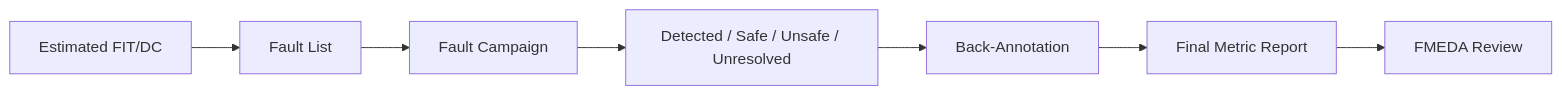
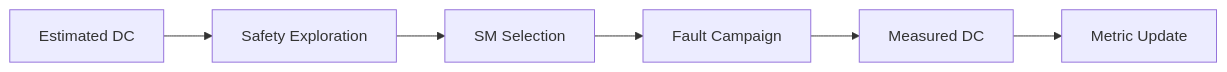
Before and after one commit to qiqixixi1001/automotive-safeic-practice: the tenth of 11 diagrams in articles/01_automotive_safeic_practice_d01_github_en_revised.md, drawn with Mermaid. The commit also changed other lines of this file, not shown here.

````diff
--- a/articles/01_automotive_safeic_practice_d01_github_en_revised.md
+++ b/articles/01_automotive_safeic_practice_d01_github_en_revised.md
@@ -660,9 +1137,8 @@
 ```mermaid
 flowchart LR
-    A[Estimated FIT/DC] --> B[Fault List]
-    B --> C[Fault Campaign]
-    C --> D[Detected / Safe / Unsafe / Unresolved]
-    D --> E[Back-Annotation]
-    E --> F[Final Metric Report]
-    F --> G[FMEDA Review]
+    A[Estimated DC] --> B[Safety Exploration]
+    B --> C[SM Selection]
+    C --> D[Fault Campaign]
+    D --> E[Measured DC]
+    E --> F[Metric Update]
 ```
````
